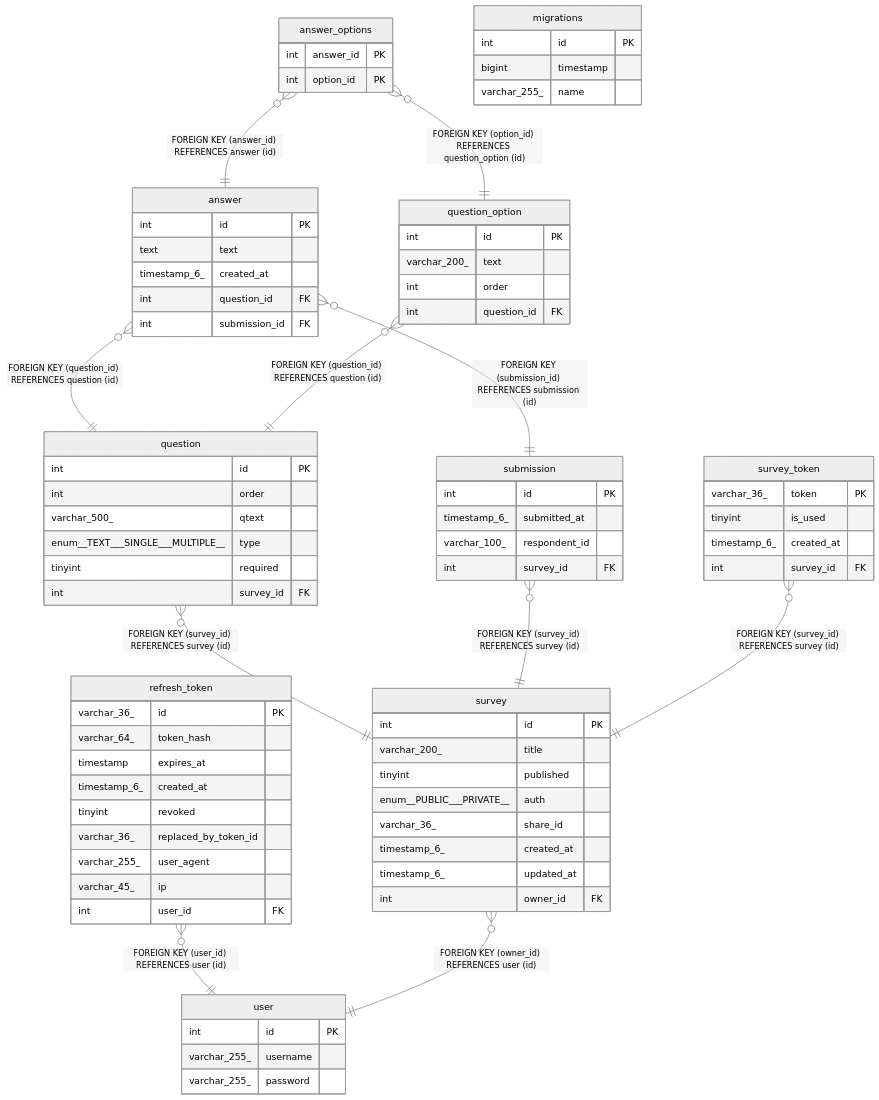
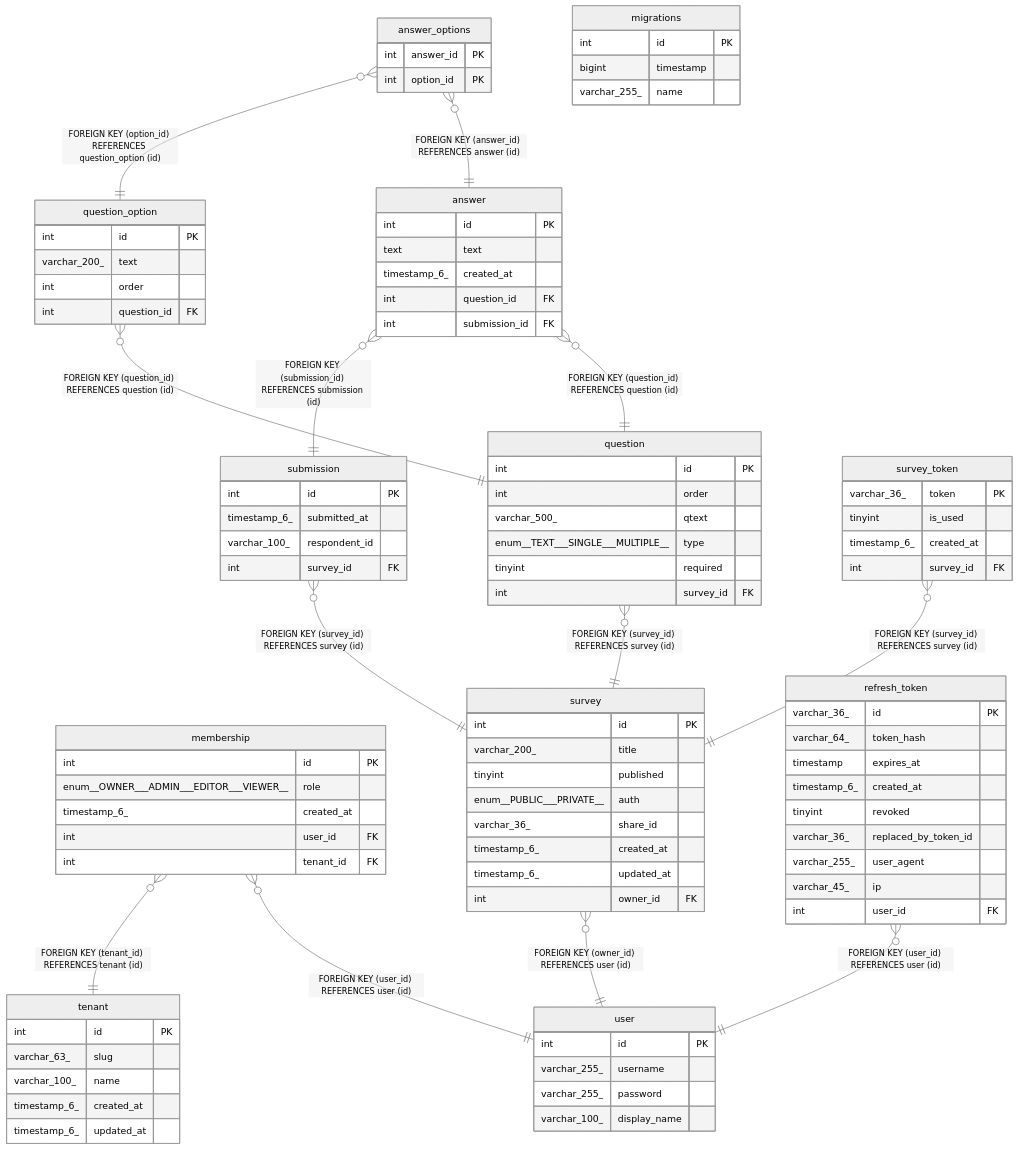
One commit to BepHblVI/First-nest changed the diagram in docs/database/README.md. Above: the diagram before and after it, drawn with Mermaid (neutral theme). The commit also changed other lines of this file and 19 other files, not shown here.

````diff
--- a/docs/database/README.md
+++ b/docs/database/README.md
@@ -24,6 +26,8 @@
 "answer" }o--|| "question" : "FOREIGN KEY (question_id) REFERENCES question (id)"
 "answer_options" }o--|| "question_option" : "FOREIGN KEY (option_id) REFERENCES question_option (id)"
 "answer_options" }o--|| "answer" : "FOREIGN KEY (answer_id) REFERENCES answer (id)"
+"membership" }o--|| "tenant" : "FOREIGN KEY (tenant_id) REFERENCES tenant (id)"
+"membership" }o--|| "user" : "FOREIGN KEY (user_id) REFERENCES user (id)"
 "question" }o--|| "survey" : "FOREIGN KEY (survey_id) REFERENCES survey (id)"
 "question_option" }o--|| "question" : "FOREIGN KEY (question_id) REFERENCES question (id)"
 "refresh_token" }o--|| "user" : "FOREIGN KEY (user_id) REFERENCES user (id)"
@@ -41,6 +45,13 @@
 "answer_options" {
   int answer_id PK
   int option_id PK
+}
+"membership" {
+  int id PK
+  enum__OWNER___ADMIN___EDITOR___VIEWER__ role
+  timestamp_6_ created_at
+  int user_id FK
+  int tenant_id FK
 }
 "migrations" {
   int id PK
@@ -94,9 +105,17 @@
   timestamp_6_ created_at
   int survey_id FK
 }
+"tenant" {
+  int id PK
+  varchar_63_ slug
+  varchar_100_ name
+  timestamp_6_ created_at
+  timestamp_6_ updated_at
+}
 "user" {
   int id PK
   varchar_255_ username
   varchar_255_ password
+  varchar_100_ display_name
 }
 ```
````
